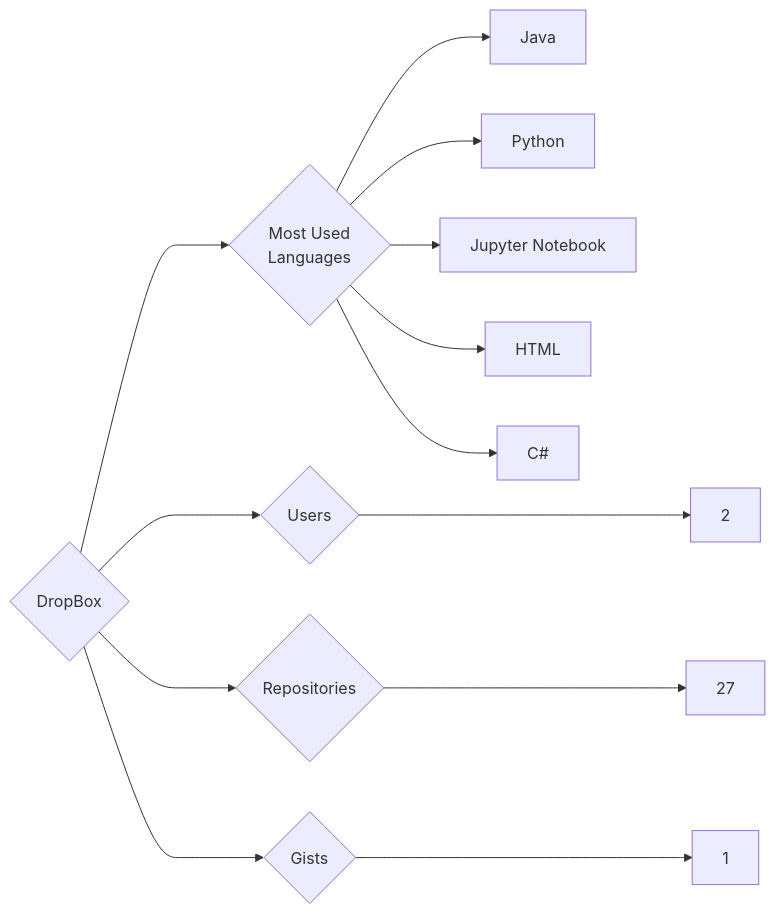
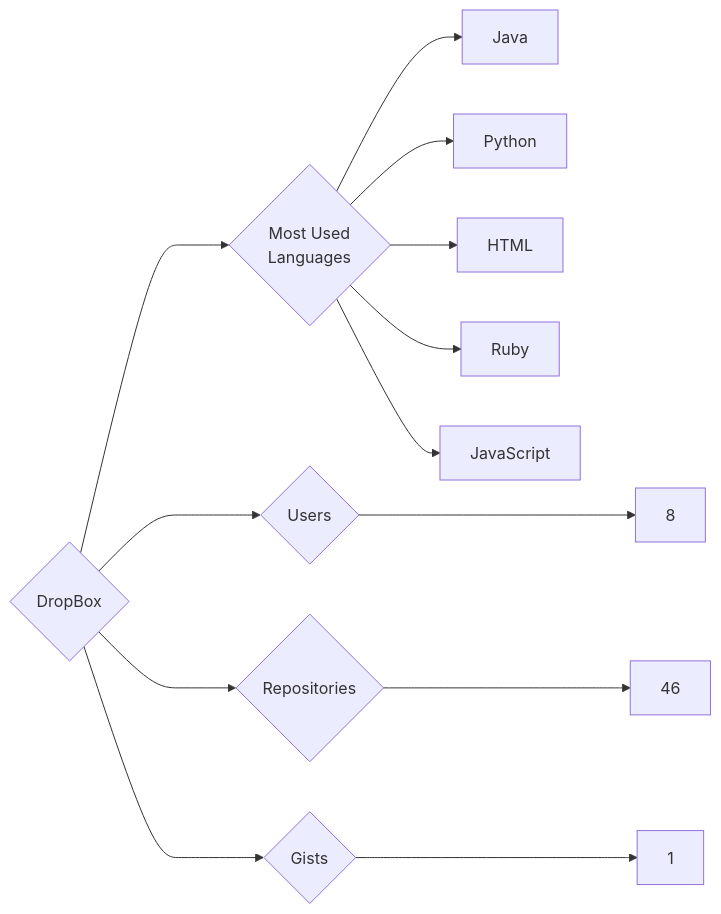
The diagram in targets/DropBox/README.md (trickest/insiders), drawn with Mermaid before and after one commit. The commit also changed 1120 other files, not shown here.

````diff
--- a/targets/DropBox/README.md
+++ b/targets/DropBox/README.md
@@ -3,13 +3,13 @@
 ```mermaid
 graph LR
 COMPANY_NAME{DropBox}
-COMPANY_NAME ---> U{Users} ---> UN[2]
-COMPANY_NAME ---> R{Repositories} ---> RN[27]
+COMPANY_NAME ---> U{Users} ---> UN[8]
+COMPANY_NAME ---> R{Repositories} ---> RN[46]
 COMPANY_NAME ---> G{Gists} ---> GN[1]
 COMPANY_NAME ---> ML{Most Used<br>Languages}
 ML --> Java[Java]
 ML --> Python[Python]
-ML --> Jupyter_Notebook[Jupyter Notebook]
 ML --> HTML[HTML]
-ML --> C#[C#]
+ML --> Ruby[Ruby]
+ML --> JavaScript[JavaScript]
 ```
````
